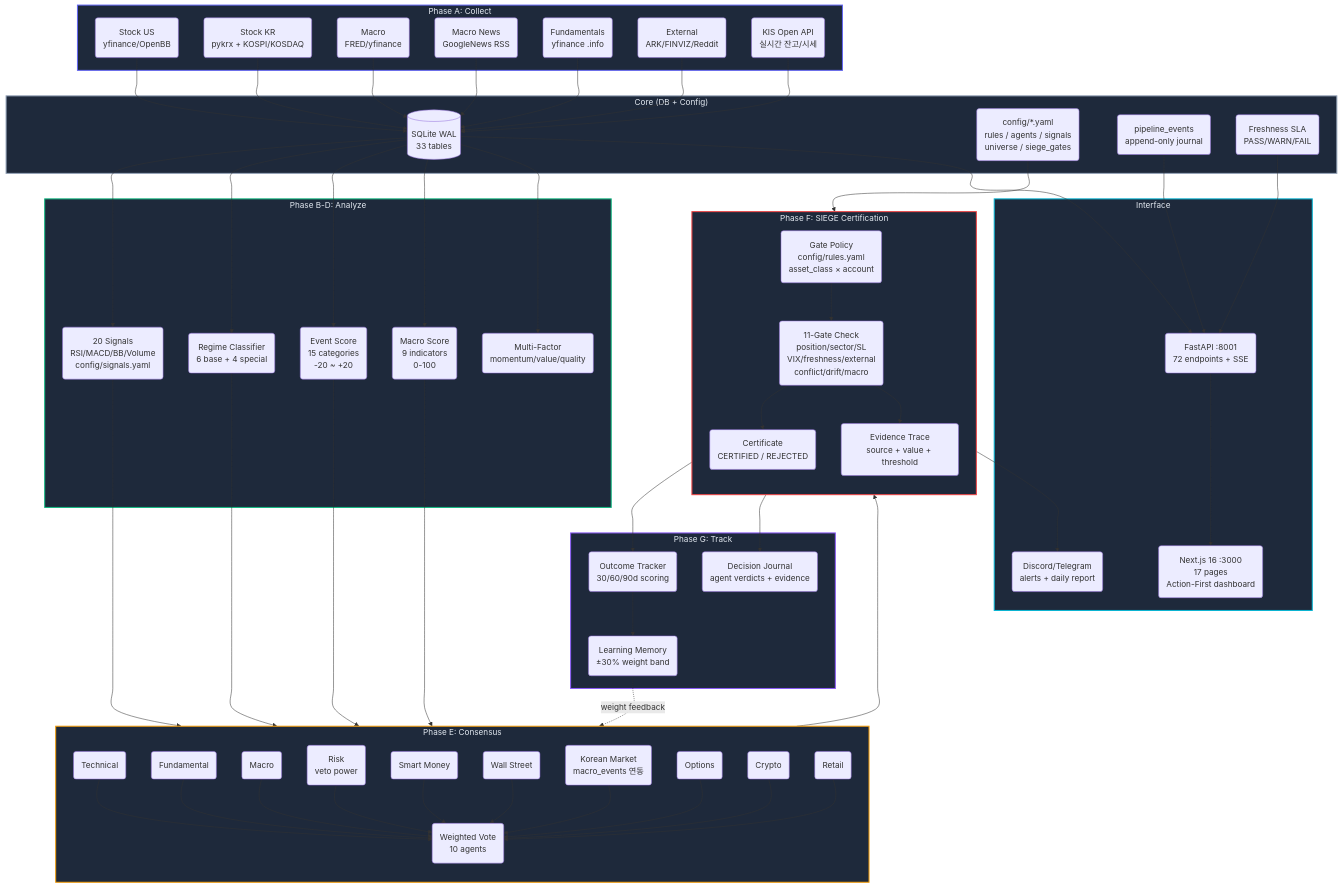
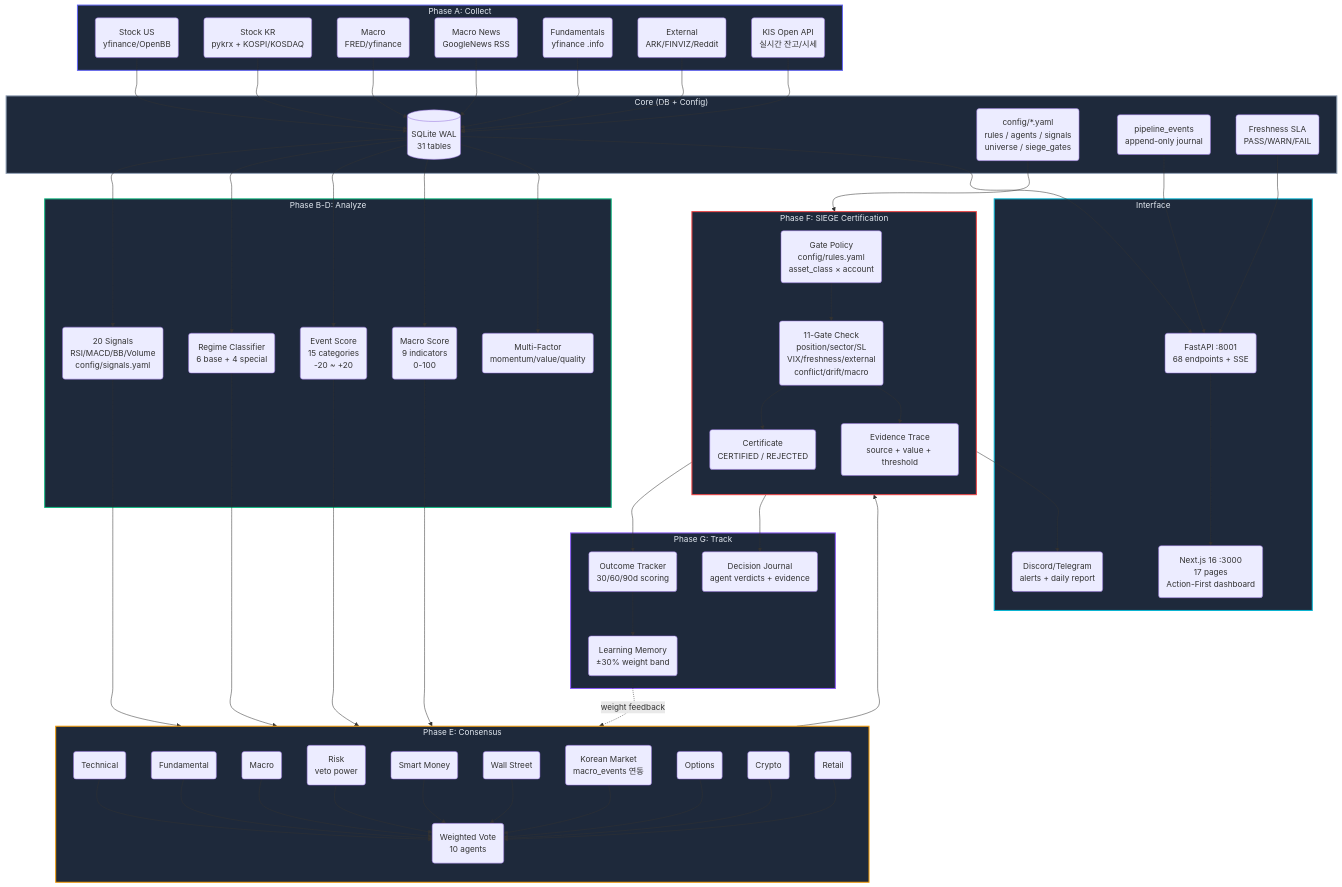
One commit to researcherhojin/nuri-quant changed the diagram in README.md. Above: the diagram before and after it, drawn with Mermaid. The commit also changed other lines of this file and 4 other files, not shown here.

```diff
--- a/README.md
+++ b/README.md
@@ -31,7 +31,7 @@
   end
 
   subgraph Core["Core (DB + Config)"]
-    DB[("SQLite WAL\n33 tables")]
+    DB[("SQLite WAL\n31 tables")]
     Config("config/*.yaml\nrules / agents / signals\nuniverse / siege_gates")
     Events("pipeline_events\nappend-only journal")
     Freshness("Freshness SLA\nPASS/WARN/FAIL")
@@ -75,7 +75,7 @@
   end
 
   subgraph Serve["Interface"]
-    API("FastAPI :8001\n72 endpoints + SSE")
+    API("FastAPI :8001\n68 endpoints + SSE")
     Dashboard("Next.js 16 :3000\n17 pages\nAction-First dashboard")
     Discord("Discord/Telegram\nalerts + daily report")
   end
```
